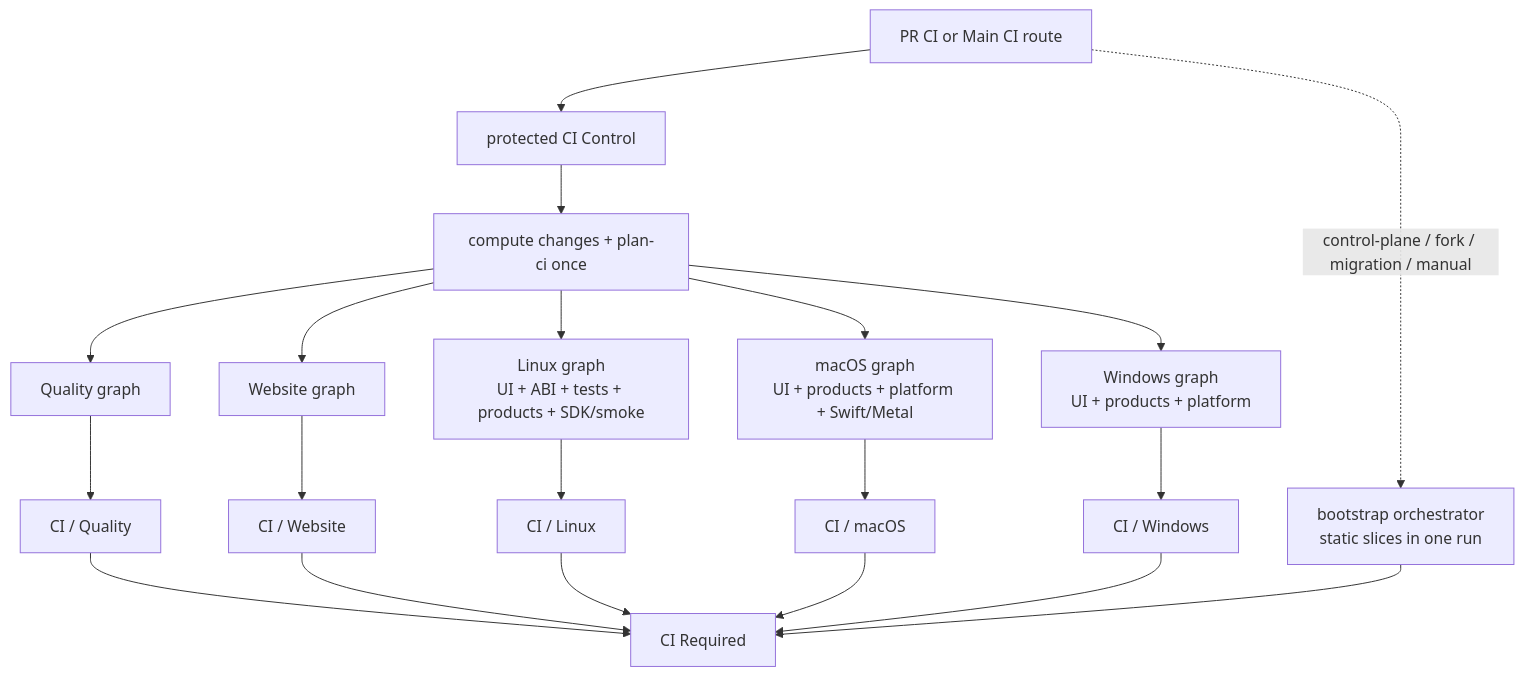
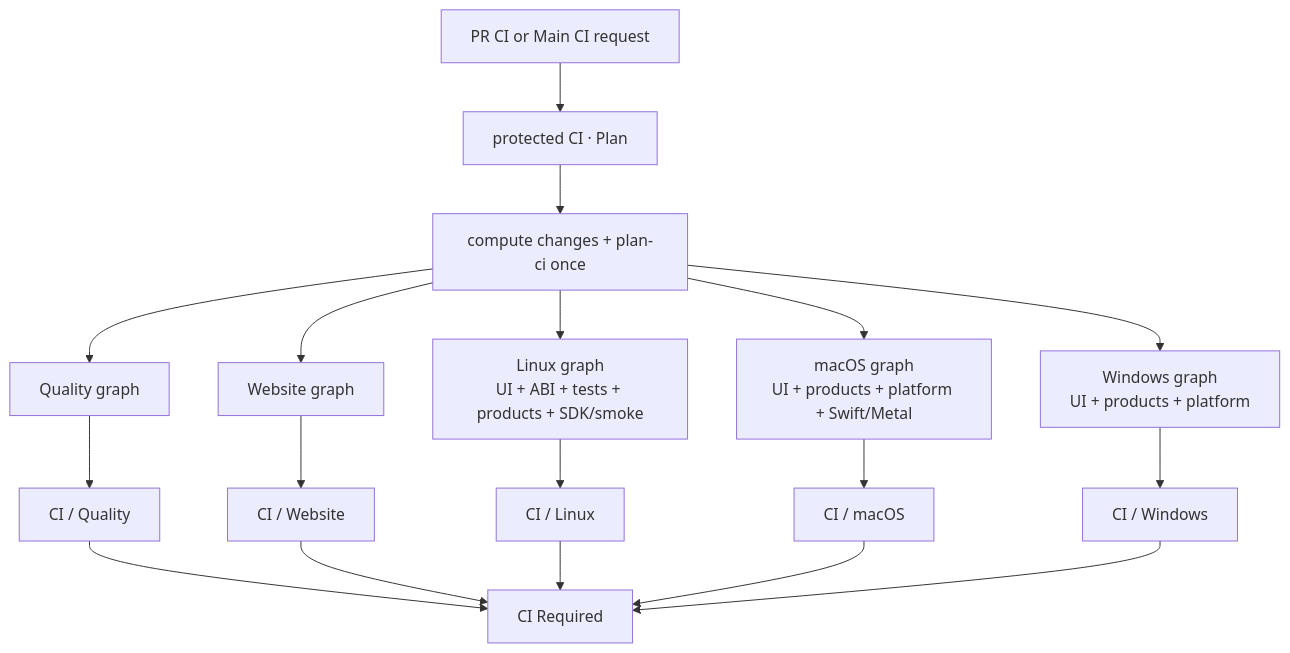
Before and after one commit to Mesh-LLM/mesh-llm: the diagram in ci/ci.md, drawn with Mermaid. The commit also changed other lines of this file and 41 other files, not shown here.

Commit message:
ci: split planning and platform workflow graphs

````diff
--- a/ci/ci.md
+++ b/ci/ci.md
@@ -34,22 +31,20 @@
 ```mermaid
 flowchart TD
-    ENTRY["PR CI or Main CI route"] --> CONTROL["protected CI Control"]
+    ENTRY["PR CI or Main CI request"] --> CONTROL["protected CI · Plan"]
     CONTROL --> PLAN["compute changes + plan-ci once"]
     PLAN --> QUALITY["Quality graph"]
     PLAN --> WEB["Website graph"]
     PLAN --> LINUX["Linux graph\nUI + ABI + tests + products + SDK/smoke"]
     PLAN --> MAC["macOS graph\nUI + products + platform + Swift/Metal"]
     PLAN --> WIN["Windows graph\nUI + products + platform"]
     QUALITY --> QC["CI / Quality"]
     WEB --> WC["CI / Website"]
     LINUX --> LC["CI / Linux"]
     MAC --> MC["CI / macOS"]
     WIN --> XC["CI / Windows"]
     QC --> GATE["CI Required"]
     WC --> GATE
     LC --> GATE
     MC --> GATE
     XC --> GATE
-    ENTRY -. "control-plane / fork / migration / manual" .-> BOOT["bootstrap orchestrator\nstatic slices in one run"]
-    BOOT --> GATE
 ```
````
